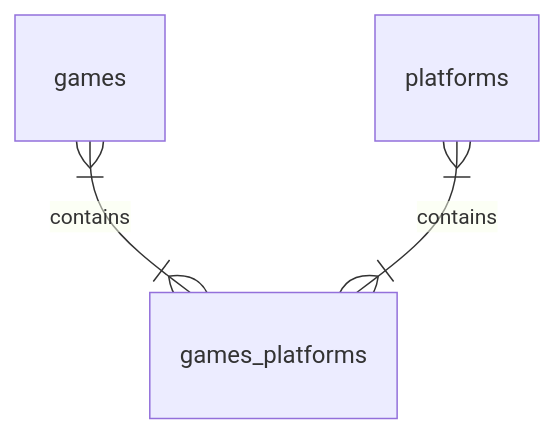
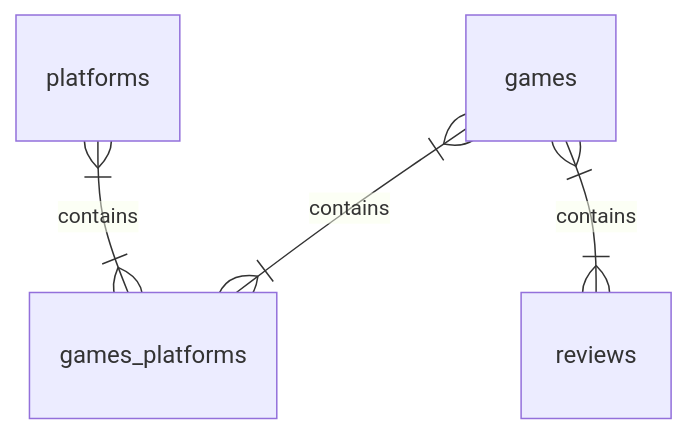
Before and after one commit to Haikira/VGLogger: the first of 2 diagrams in README.md, drawn with Mermaid.

````diff
--- a/README.md
+++ b/README.md
@@ -28,6 +28,7 @@
 ``` mermaid
 erDiagram
 
         games }|--|{ games_platforms : "contains"
         platforms }|--|{ games_platforms : "contains"
+        games }|--|{ reviews : "contains"
 ```
````
